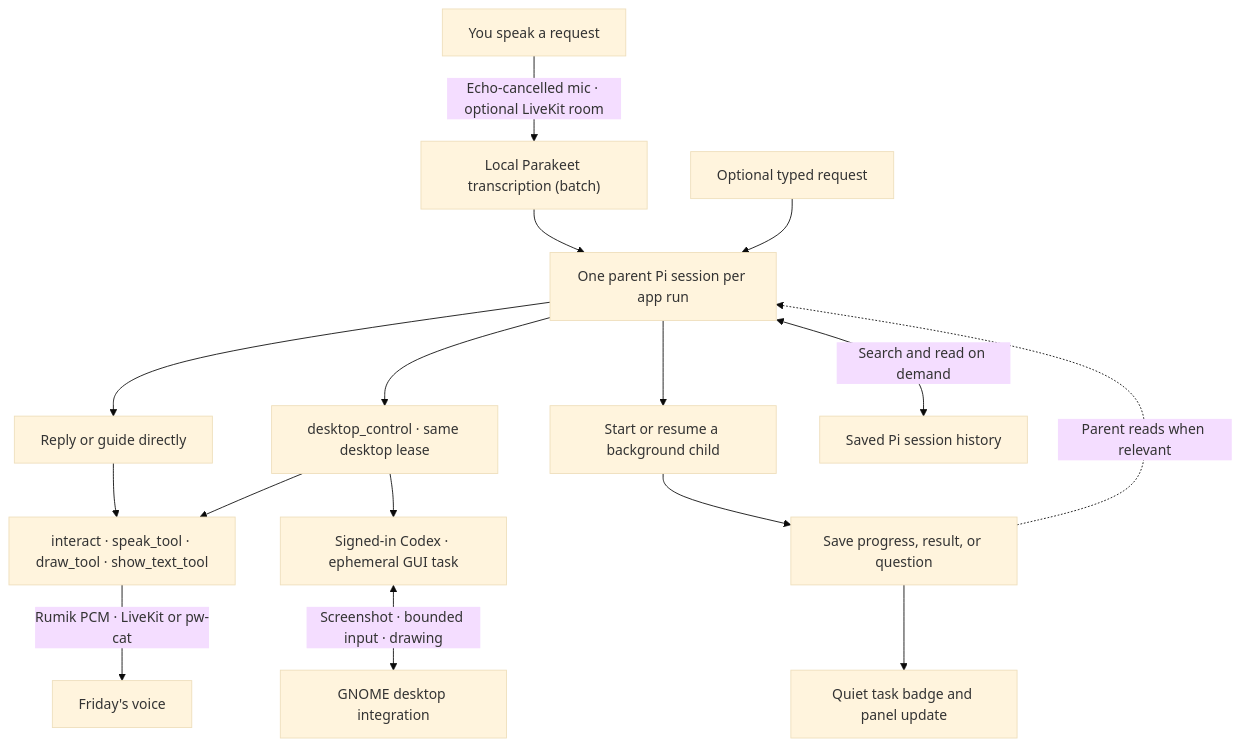
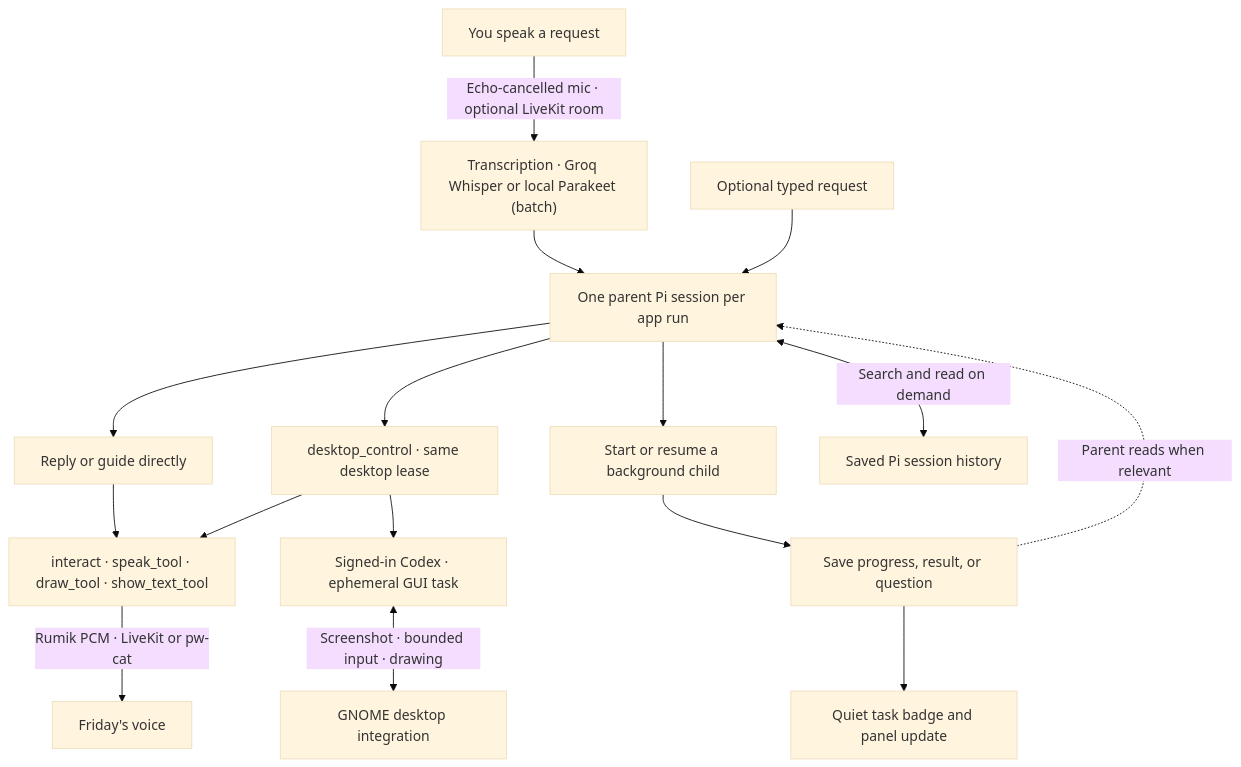
The diagram in docs/request-flow.md (MayankBansal12/friday), drawn with Mermaid (base theme) before and after one commit. The commit also changed other lines of this file and 6 other files, not shown here.

First line of the commit message:
Use Groq Whisper for STT with local Parakeet fallback

````diff
--- a/docs/request-flow.md
+++ b/docs/request-flow.md
@@ -5,18 +5,18 @@
 ```mermaid
 flowchart TD
-    userRequest["You speak a request"] -->|"Echo-cancelled mic · optional LiveKit room"| localStt["Local Parakeet transcription (batch)"]
+    userRequest["You speak a request"] -->|"Echo-cancelled mic · optional LiveKit room"| localStt["Transcription · Groq Whisper or local Parakeet (batch)"]
     localStt --> parentSession["One parent Pi session per app run"]
     typedRequest["Optional typed request"] --> parentSession
     parentSession --> directReply["Reply or guide directly"]
     directReply --> presentation["interact · speak_tool · draw_tool · show_text_tool"]
     presentation -->|"Rumik PCM · LiveKit or pw-cat"| voiceOut["Friday's voice"]
     parentSession --> control["desktop_control · same desktop lease"]
     control --> codex["Signed-in Codex · ephemeral GUI task"]
     codex <-->|"Screenshot · bounded input · drawing"| native["GNOME desktop integration"]
     control --> presentation
     parentSession --> backgroundChild["Start or resume a background child"]
     backgroundChild --> savedResult["Save progress, result, or question"]
     savedResult --> taskBadge["Quiet task badge and panel update"]
     savedResult -. "Parent reads when relevant" .-> parentSession
     parentSession <-->|"Search and read on demand"| historyStore["Saved Pi session history"]
 ```
````
